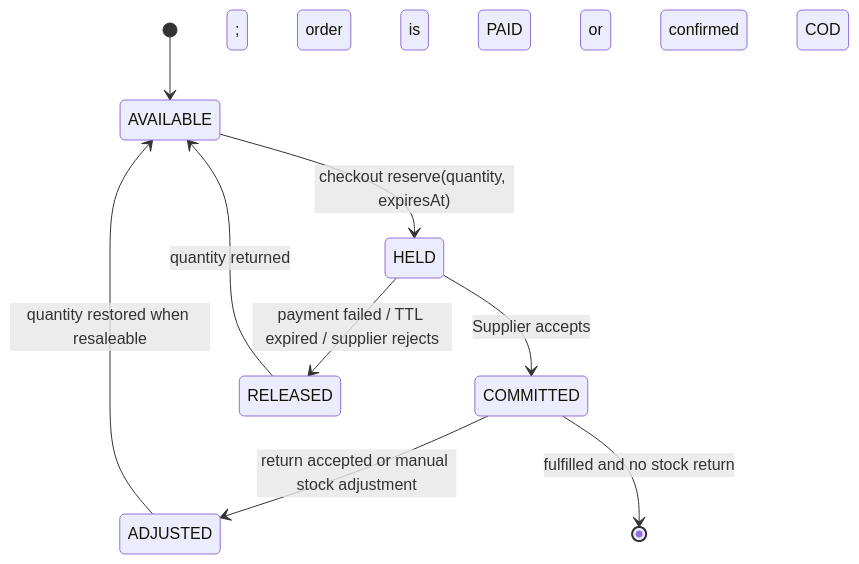
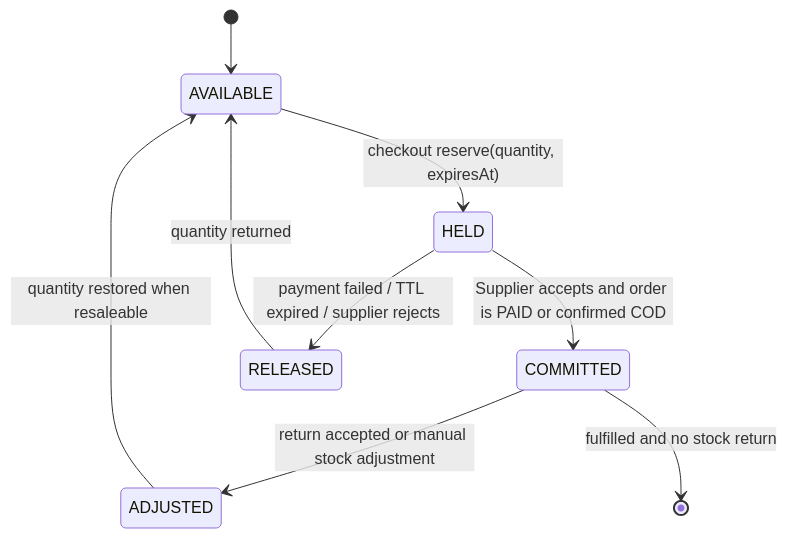
The diagram in docs/mermaid/17-inventory-reservation-state.mmd (NguyenVoLyDo/Project-XD-and-PTPM), drawn with Mermaid before and after one commit. The commit also changed 4 other files, not shown here.

Commit message:
sửa các diagram còn bị lỗi hiển thị

```diff
--- a/docs/mermaid/17-inventory-reservation-state.mmd
+++ b/docs/mermaid/17-inventory-reservation-state.mmd
@@ -1,9 +1,9 @@
 stateDiagram-v2
   [*] --> AVAILABLE
   AVAILABLE --> HELD: checkout reserve(quantity, expiresAt)
-  HELD --> COMMITTED: Supplier accepts; order is PAID or confirmed COD
+  HELD --> COMMITTED: Supplier accepts and order is PAID or confirmed COD
   HELD --> RELEASED: payment failed / TTL expired / supplier rejects
   RELEASED --> AVAILABLE: quantity returned
   COMMITTED --> ADJUSTED: return accepted or manual stock adjustment
   ADJUSTED --> AVAILABLE: quantity restored when resaleable
   COMMITTED --> [*]: fulfilled and no stock return
```
